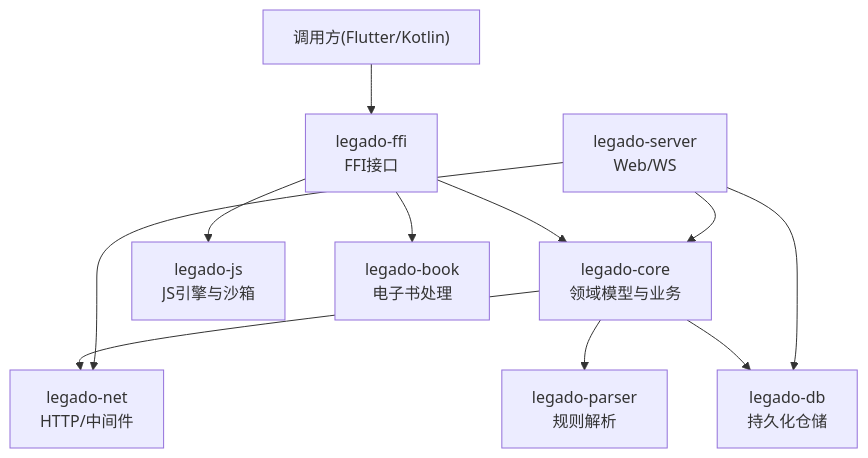
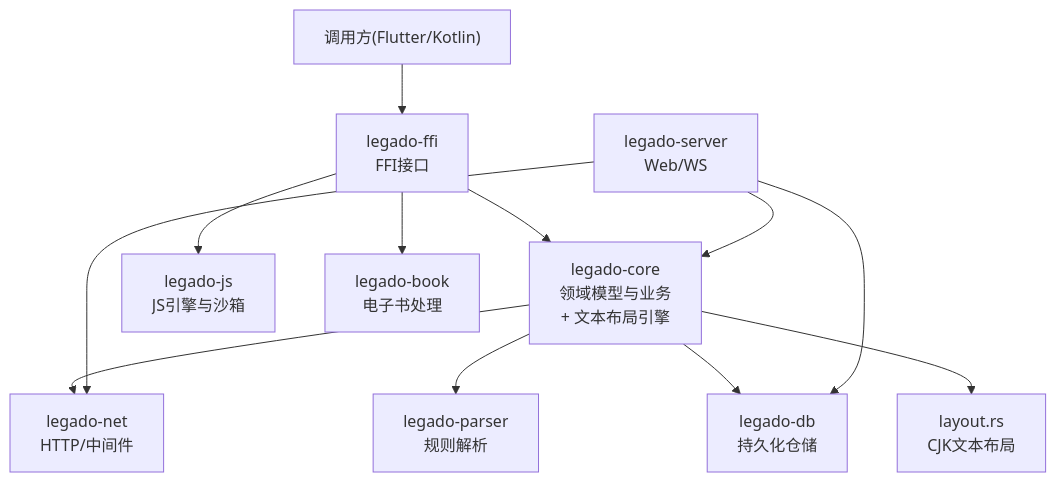
The second of 6 diagrams in .qoder/repowiki/zh/content/开发指南/项目结构/Rust核心库结构.md (ZhangGHGitHub/LegadoTeamFlutter), drawn with Mermaid before and after one commit. The commit also changed other lines of this file and 66 other files, not shown here.

````diff
--- a/.qoder/repowiki/zh/content/开发指南/项目结构/Rust核心库结构.md
+++ b/.qoder/repowiki/zh/content/开发指南/项目结构/Rust核心库结构.md
@@ -104,22 +116,23 @@
 ```mermaid
 graph TB
 Client["调用方(Flutter/Kotlin)"]
 FFI["legado-ffi<br/>FFI接口"]
-Core["legado-core<br/>领域模型与业务"]
+Core["legado-core<br/>领域模型与业务<br/>+ 文本布局引擎"]
 Net["legado-net<br/>HTTP/中间件"]
 Parser["legado-parser<br/>规则解析"]
 DB["legado-db<br/>持久化仓储"]
 JS["legado-js<br/>JS引擎与沙箱"]
 Book["legado-book<br/>电子书处理"]
 Server["legado-server<br/>Web/WS"]
 Client --> FFI
 FFI --> Core
 Core --> Net
 Core --> Parser
 Core --> DB
+Core --> Layout["layout.rs<br/>CJK文本布局"]
 FFI --> JS
 FFI --> Book
 Server --> Core
 Server --> DB
 Server --> Net
 ```
````
